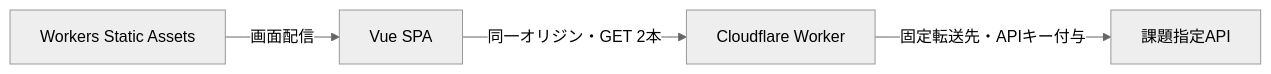
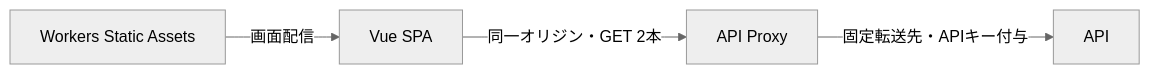
One commit to t2421/frontend-engineer-codecheck changed the first of 5 diagrams in docs/DESIGN.md. Above: the diagram before and after it, drawn with Mermaid (neutral theme). The commit also changed other lines of this file, not shown here.

Commit message:
図と本文のAPI Proxy表記を統一

````diff
--- a/docs/DESIGN.md
+++ b/docs/DESIGN.md
@@ -11,6 +11,6 @@
 ```mermaid
 flowchart LR
-  UI[Vue SPA] -->|同一オリジン・GET 2本| W[Cloudflare Worker]
-  W -->|固定転送先・APIキー付与| API[課題指定API]
+  UI[Vue SPA] -->|同一オリジン・GET 2本| W[API Proxy]
+  W -->|固定転送先・APIキー付与| API[API]
   A[Workers Static Assets] -->|画面配信| UI
 ```
````
